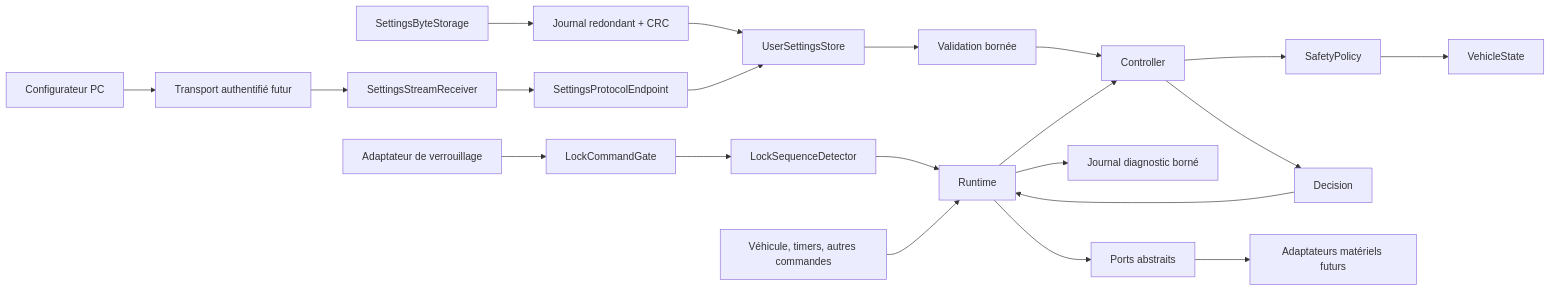
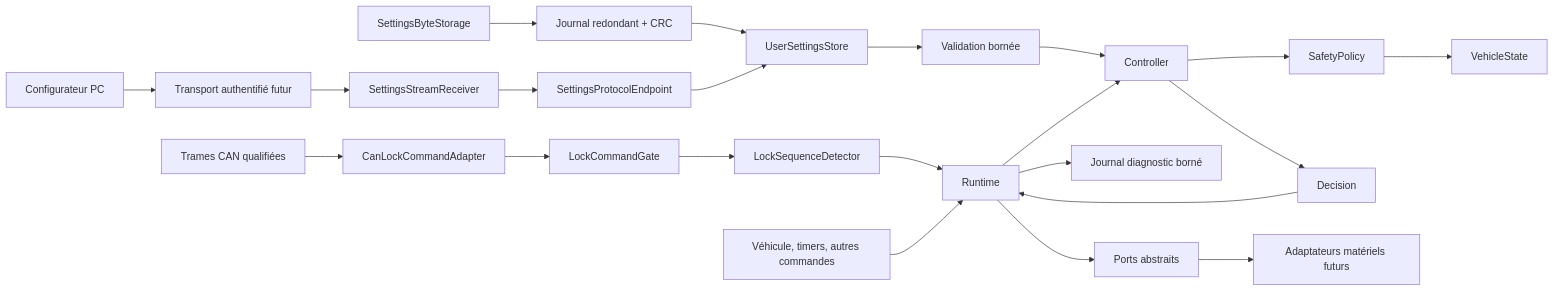
The first of 3 diagrams in docs/architecture.md (Synaro/BMW-E9x-Remote-Control), drawn with Mermaid before and after one commit. The commit also changed other lines of this file and 16 other files, not shown here.

Commit message:
Add qualified CAN lock adapter

````diff
--- a/docs/architecture.md
+++ b/docs/architecture.md
@@ -14,23 +14,24 @@
 ```mermaid
 flowchart LR
-    LockSource["Adaptateur de verrouillage"] --> LockGate["LockCommandGate"]
+    LockSource["Trames CAN qualifiées"] --> LockAdapter["CanLockCommandAdapter"]
+    LockAdapter --> LockGate["LockCommandGate"]
     LockGate --> LockSequence["LockSequenceDetector"]
     LockSequence --> Runtime["Runtime"]
     Sources["Véhicule, timers, autres commandes"] --> Runtime
     Bytes["SettingsByteStorage"] --> Journal["Journal redondant + CRC"]
     Journal --> Settings["UserSettingsStore"]
     Configurator["Configurateur PC"] --> Transport["Transport authentifié futur"]
     Transport --> Stream["SettingsStreamReceiver"]
     Stream --> Protocol["SettingsProtocolEndpoint"]
     Protocol --> Settings
     Settings --> Validation["Validation bornée"]
     Validation --> Controller
     Runtime --> Controller["Controller"]
     Controller --> Policy["SafetyPolicy"]
     Policy --> Model["VehicleState"]
     Controller --> Decision["Decision"]
     Decision --> Runtime
     Runtime --> Diagnostics["Journal diagnostic borné"]
     Runtime --> Ports["Ports abstraits"]
     Ports --> Adapters["Adaptateurs matériels futurs"]
 ```
````
